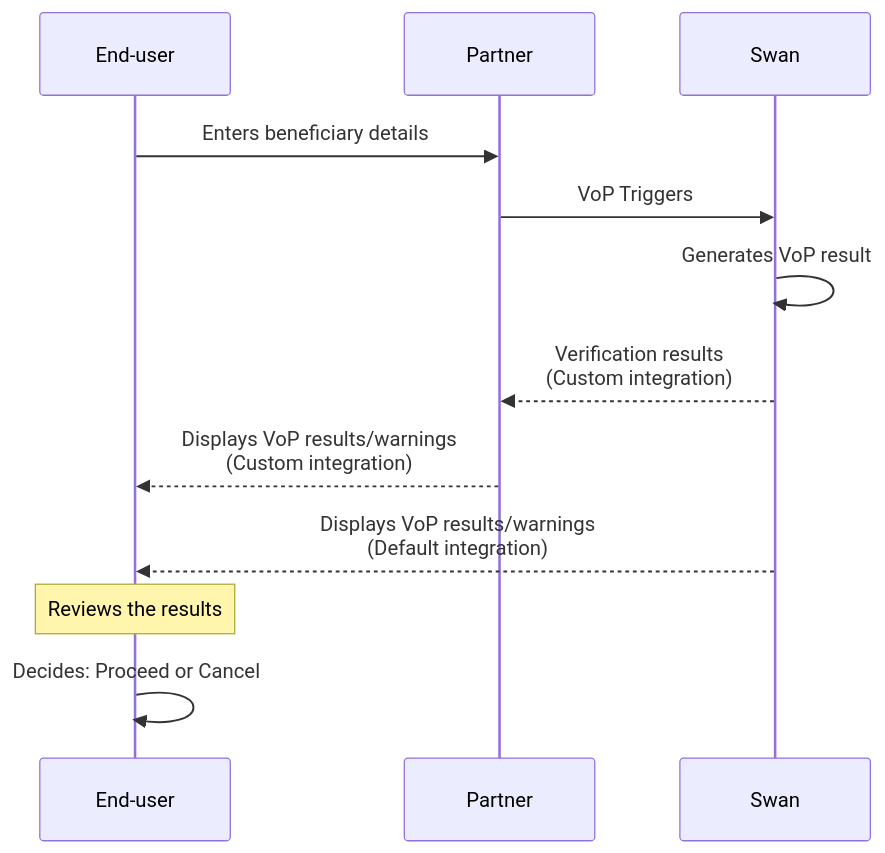
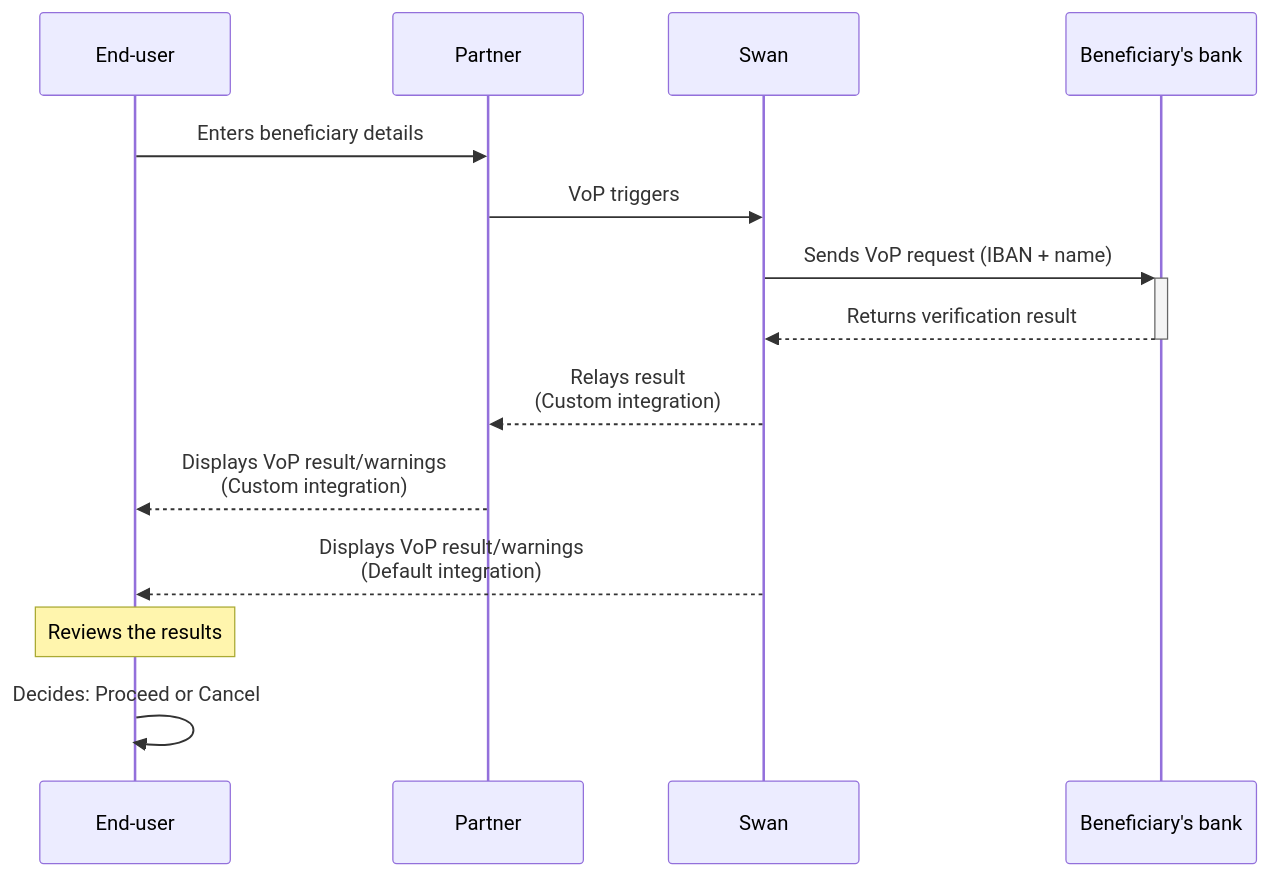
One commit to swan-io/docs changed the first of 3 diagrams in docs/topics/payments/credit-transfers/sepa/vop/verification-of-payee.mdx. Above: the diagram before and after it, drawn with Mermaid. The commit also changed other lines of this file, not shown here.

Commit message:
DOC-1584/explain-out-going-vop-in-doc

````diff
--- a/docs/topics/payments/credit-transfers/sepa/vop/verification-of-payee.mdx
+++ b/docs/topics/payments/credit-transfers/sepa/vop/verification-of-payee.mdx
@@ -62,43 +62,45 @@
 ```mermaid
 sequenceDiagram
     participant EU as End-user
     participant P as Partner
     participant S as Swan
+    participant Bene as Beneficiary's bank
 
     EU->>P: Enters beneficiary details
-    P->>S: VoP Triggers
-    S->>S: Generates VoP result
-    S-->>P: Verification results<br/>(Custom integration)
-    P-->>EU: Displays VoP results/warnings<br/>(Custom integration)
-    S-->>EU: Displays VoP results/warnings<br/>(Default integration)
+    P->>S: VoP triggers
+    S->>+Bene: Sends VoP request (IBAN + name)
+    Bene-->>-S: Returns verification result
+    S-->>P: Relays result<br/>(Custom integration)
+    P-->>EU: Displays VoP result/warnings<br/>(Custom integration)
+    S-->>EU: Displays VoP result/warnings<br/>(Default integration)
 
     Note over EU: Reviews the results
 
     EU->>EU: Decides: Proceed or Cancel
 
     %%{init: {
         'theme': 'base',
         'themeVariables': {
             'primaryColor': '#6240b5',
             'primaryTextColor': '#271a48',
             'primaryBorderColor': '#4e3391',
             'lineColor': '#a18cd3',
             'secondaryColor': '#f8f7fc',
             'tertiaryColor': '#ffffff',
             'background': '#ffffff',
             'mainBkg': '#ffffff',
             'secondBkg': '#f8f7fc',
             'tertiaryBkg': '#6240b5',
             'activationBorderColor': '#4e3391',
             'activationBkgColor': '#c0b3e1',
             'sequenceNumberColor': '#ffffff',
             'sectionBkgColor': '#f8f7fc',
             'altSectionBkgColor': '#ffffff',
             'gridColor': '#e5e7eb',
             'disabledBkgColor': '#f3f4f6',
             'disabledTextColor': '#9ca3af',
             'fontSize': '16px',
             'fontFamily': '"Inter", "Segoe UI", system-ui, sans-serif'
         }
     }}%%
 ```
````
